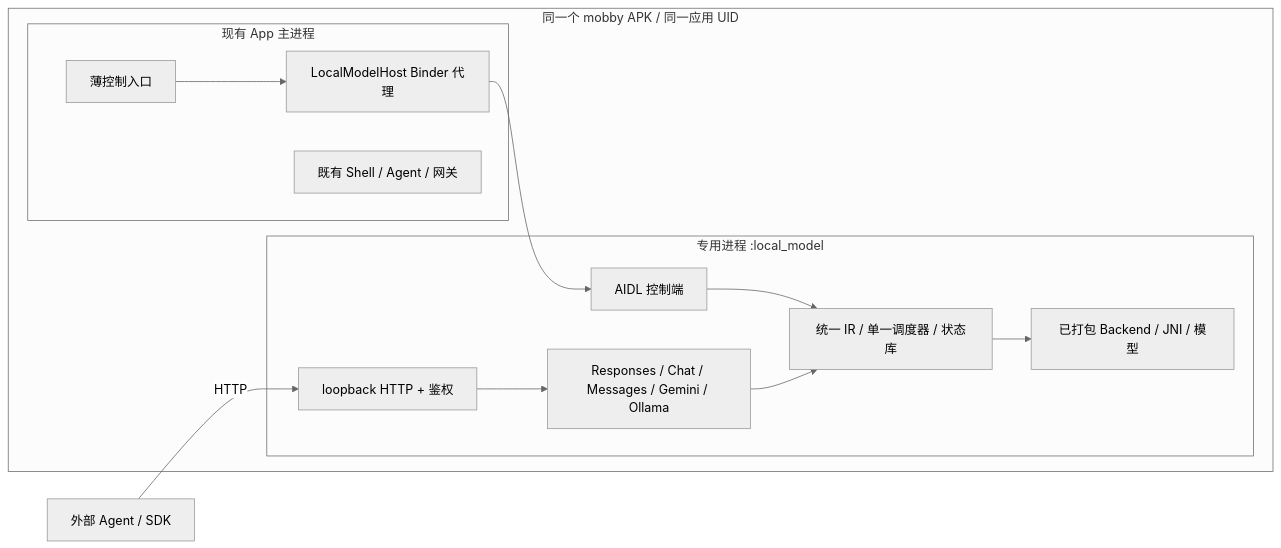
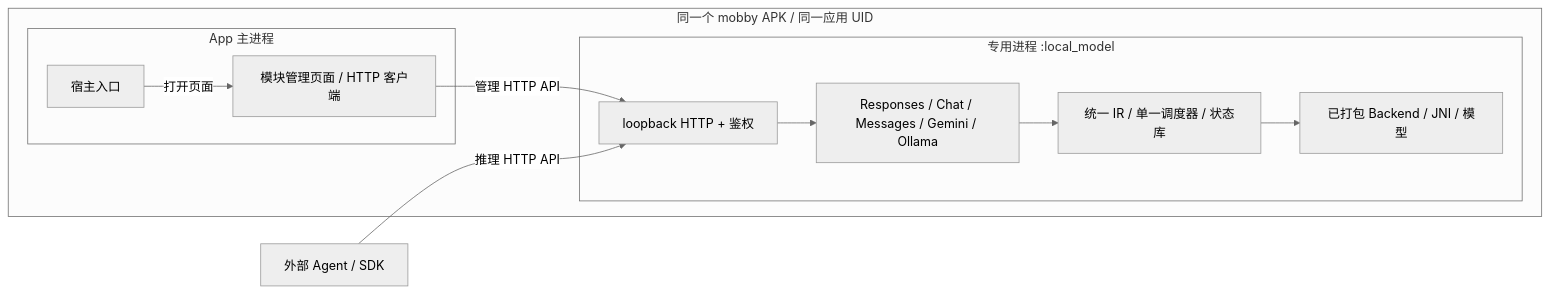
The diagram in docs/design/local-model-runtime.md (ytlog/mobby), drawn with Mermaid (neutral theme) before and after one commit. The commit also changed other lines of this file and 3 other files, not shown here.

Commit message:
docs: use HTTP for local model process communication

````diff
--- a/docs/design/local-model-runtime.md
+++ b/docs/design/local-model-runtime.md
@@ -104,22 +102,19 @@
 ```mermaid
 flowchart LR
     subgraph APK[同一个 mobby APK / 同一应用 UID]
-        subgraph Main[现有 App 主进程]
-            UI[薄控制入口]
-            Proxy[LocalModelHost Binder 代理]
-            UI --> Proxy
-            Existing[既有 Shell / Agent / 网关]
+        subgraph Main[App 主进程]
+            Host[宿主入口]
+            UI[模块管理页面 / HTTP 客户端]
+            Host -->|打开页面| UI
         end
         subgraph Worker[专用进程 :local_model]
-            Control[AIDL 控制端]
             HTTP[loopback HTTP + 鉴权]
             Codec[Responses / Chat / Messages / Gemini / Ollama]
             Core[统一 IR / 单一调度器 / 状态库]
             Engine[已打包 Backend / JNI / 模型]
-            Control --> Core
             HTTP --> Codec --> Core --> Engine
         end
-        Proxy --> Control
+        UI -->|管理 HTTP API| HTTP
     end
-    Client[外部 Agent / SDK] -->|HTTP| HTTP
+    Client[外部 Agent / SDK] -->|推理 HTTP API| HTTP
 ```
````
